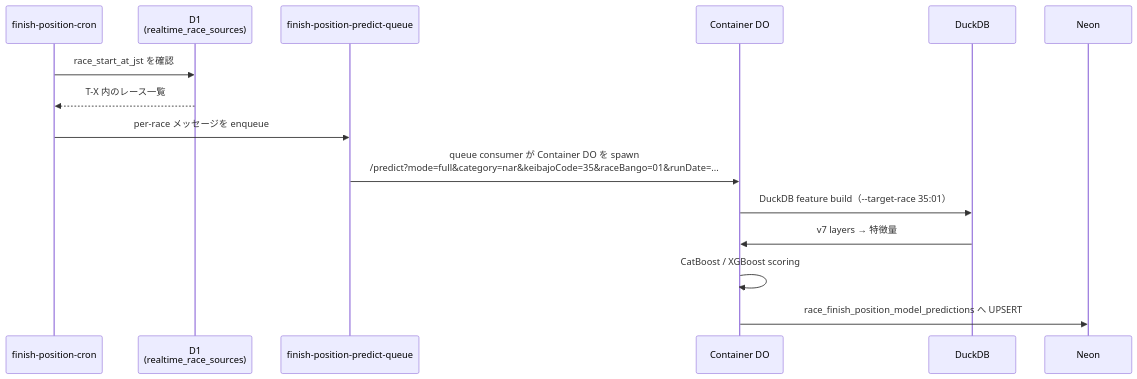
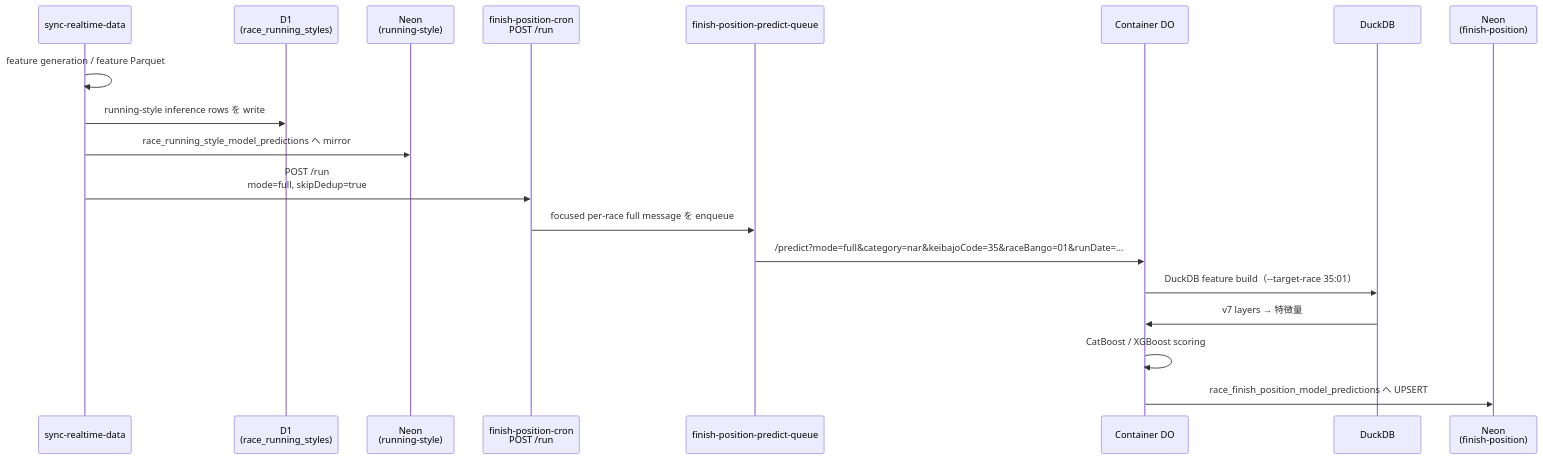
The fifth of 10 diagrams in docs/finish-position-prediction-system.md (kkkaoru/horse-racing-data), drawn with Mermaid before and after one commit. The commit also changed other lines of this file and 16 other files, not shown here.

````diff
--- a/docs/finish-position-prediction-system.md
+++ b/docs/finish-position-prediction-system.md
@@ -219,18 +364,22 @@
 ```mermaid
 sequenceDiagram
-    participant CRON as finish-position-cron
-    participant D1 as D1<br/>(realtime_race_sources)
+    participant RT as sync-realtime-data
+    participant D1 as D1<br/>(race_running_styles)
+    participant RSN as Neon<br/>(running-style)
+    participant CRON as finish-position-cron<br/>POST /run
     participant Q as finish-position-predict-queue
     participant DO as Container DO
     participant DUCK as DuckDB
-    participant NEON as Neon
+    participant FPN as Neon<br/>(finish-position)
 
-    CRON->>D1: race_start_at_jst を確認
-    D1-->>CRON: T-X 内のレース一覧
-    CRON->>Q: per-race メッセージを enqueue
-    Q->>DO: queue consumer が Container DO を spawn<br/>/predict?mode=full&category=nar&keibajoCode=35&raceBango=01&runDate=...
+    RT->>RT: feature generation / feature Parquet
+    RT->>D1: running-style inference rows を write
+    RT->>RSN: race_running_style_model_predictions へ mirror
+    RT->>CRON: POST /run<br/>mode=full, skipDedup=true
+    CRON->>Q: focused per-race full message を enqueue
+    Q->>DO: /predict?mode=full&category=nar&keibajoCode=35&raceBango=01&runDate=...
     DO->>DUCK: DuckDB feature build（--target-race 35:01）
     DUCK->>DO: v7 layers → 特徴量
     DO->>DO: CatBoost / XGBoost scoring
-    DO->>NEON: race_finish_position_model_predictions へ UPSERT
+    DO->>FPN: race_finish_position_model_predictions へ UPSERT
 ```
````
